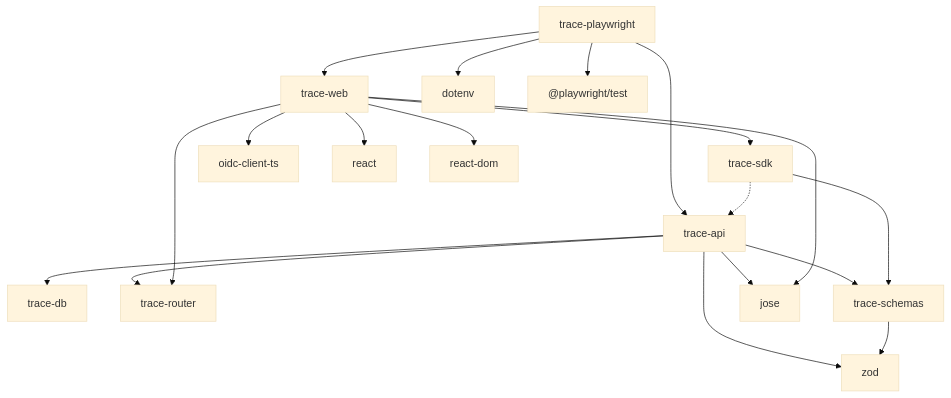
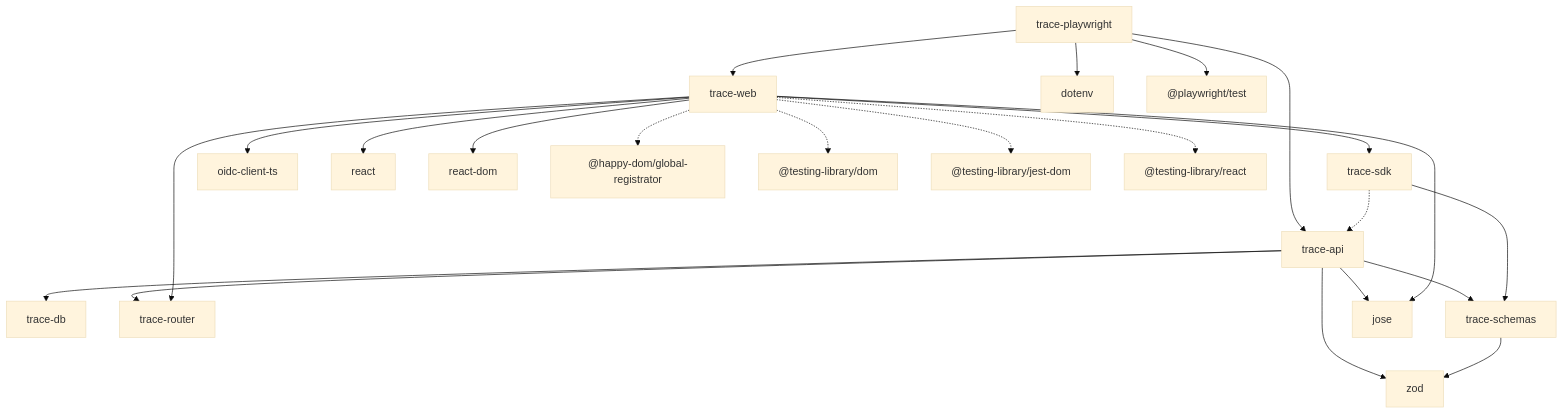
One commit to DigitalForge-Dynamics/Trace changed the second of 2 diagrams in docs/packages.md. Above: the diagram before and after it, drawn with Mermaid (base theme).

Commit message:
Added new dev dependencies to docs diagram

````diff
--- a/docs/packages.md
+++ b/docs/packages.md
@@ -26,33 +26,37 @@
 ```mermaid
 graph
 	trace-api
 	trace-db
 	trace-playwright
 	trace-router
 	trace-schemas
 	trace-sdk
 	trace-web
 
 	trace-api --> zod
 	trace-api --> trace-schemas
 	trace-api --> trace-router
 	trace-api --> trace-db
 	trace-api --> jose
 
 	trace-playwright --> dotenv
 	trace-playwright --> trace-api
 	trace-playwright --> trace-web
 	trace-playwright --> playwright["@playwright/test"]
 
 	trace-schemas --> zod
 
 	trace-sdk -.-> trace-api
 	trace-sdk --> trace-schemas
 
 	trace-web --> jose
 	trace-web --> oidc-client-ts
 	trace-web --> react
 	trace-web --> react-dom
 	trace-web --> trace-sdk
-	trace-web --> trace-router
+    trace-web --> trace-router
+    trace-web -.-> happy-dom["@happy-dom/global-registrator"]
+    trace-web -.-> testing-library-dom["@testing-library/dom"]
+    trace-web -.-> testing-library-jest-dom["@testing-library/jest-dom"]
+    trace-web -.-> testing-library-react["@testing-library/react"]
 ```
````
